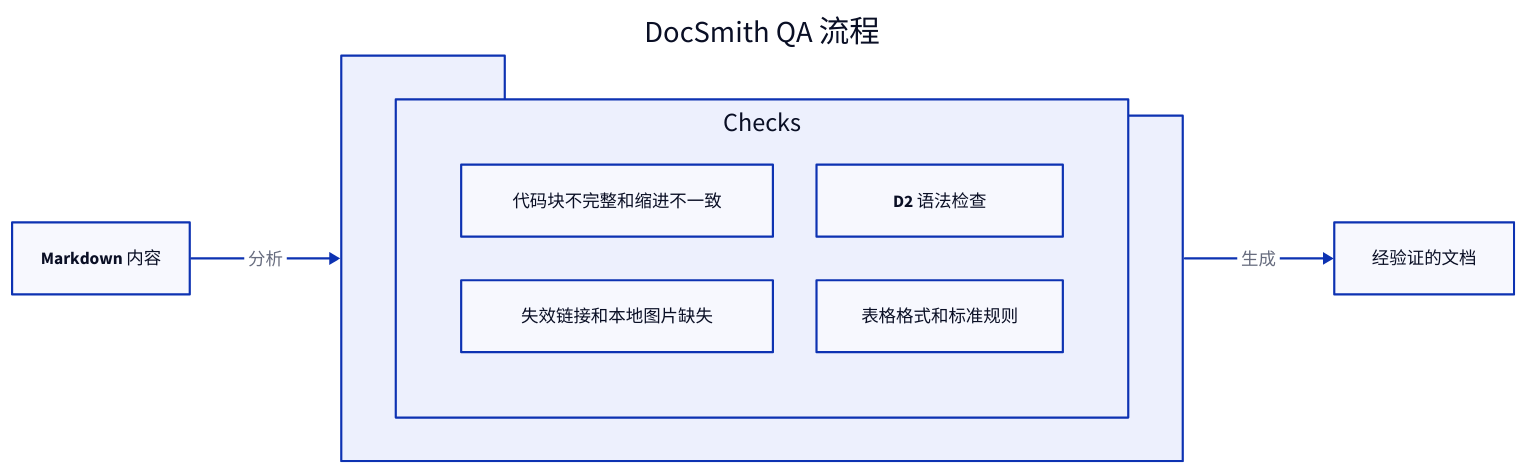
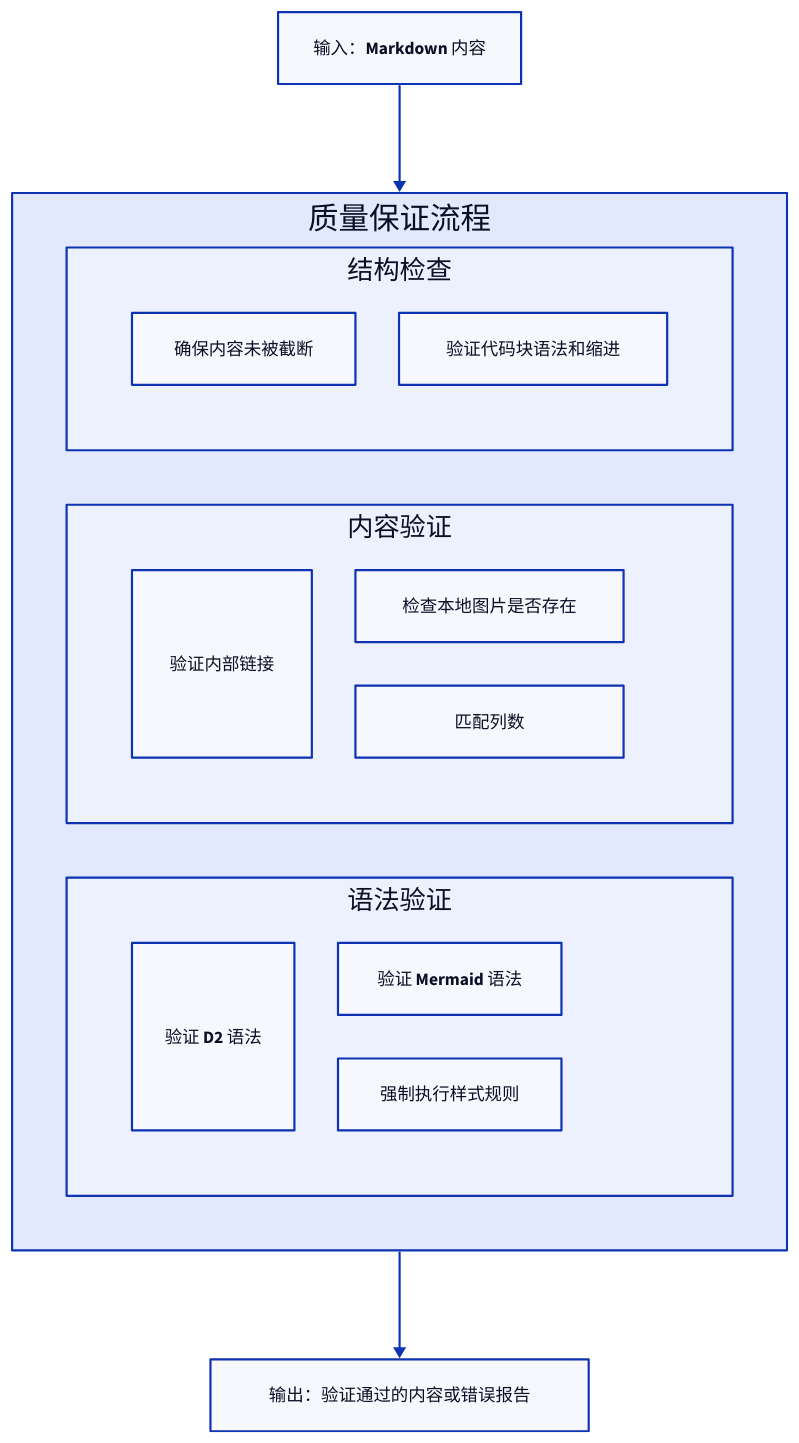
One commit to li-yechao/aigne-doc-smith changed the diagram in docs/advanced-quality-assurance.zh.md. Above: the diagram before and after it, drawn with D2. The commit also changed other lines of this file and 37 other files, not shown here.

````diff
--- a/docs/advanced-quality-assurance.zh.md
+++ b/docs/advanced-quality-assurance.zh.md
@@ -11,22 +7,49 @@
 ```d2
-direction: right
+direction: down
 
-Input: "Markdown 内容"
+Input-Markdown-Content: {
+  label: "输入：Markdown 内容"
+  shape: rectangle
+}
 
-QA_Pipeline: "DocSmith QA 流程" {
-  shape: package
-  
-  Checks: {
+QA-Pipeline: {
+  label: "质量保证流程"
+  shape: rectangle
+  grid-columns: 1
+  grid-gap: 50
+
+  Structural-Checks: {
+    label: "结构检查"
+    shape: rectangle
     grid-columns: 2
-    "结构完整性": "代码块不完整和缩进不一致"
-    "链接和资源健康状况": "失效链接和本地图片缺失"
-    "图表验证": "D2 语法检查"
-    "Markdown 语法检查": "表格格式和标准规则"
+    Completeness: "确保内容未被截断"
+    Code-Blocks: "验证代码块语法和缩进"
+  }
+
+  Content-Validation: {
+    label: "内容验证"
+    shape: rectangle
+    grid-columns: 2
+    Link-Integrity: "验证内部链接"
+    Image-Paths: "检查本地图片是否存在"
+    Table-Formatting: "匹配列数"
+  }
+
+  Syntax-Validation: {
+    label: "语法验证"
+    shape: rectangle
+    grid-columns: 2
+    D2-Diagrams: "验证 D2 语法"
+    Mermaid-Diagrams: "验证 Mermaid 语法"
+    Markdown-Linting: "强制执行样式规则"
   }
 }
 
-Output: "经验证的文档"
+Output-Validated-Content-or-Error-Report: {
+  label: "输出：验证通过的内容或错误报告"
+  shape: rectangle
+}
 
-Input -> QA_Pipeline: "分析"
-QA_Pipeline -> Output: "生成"
+Input-Markdown-Content -> QA-Pipeline
+QA-Pipeline -> Output-Validated-Content-or-Error-Report
 ```
````
